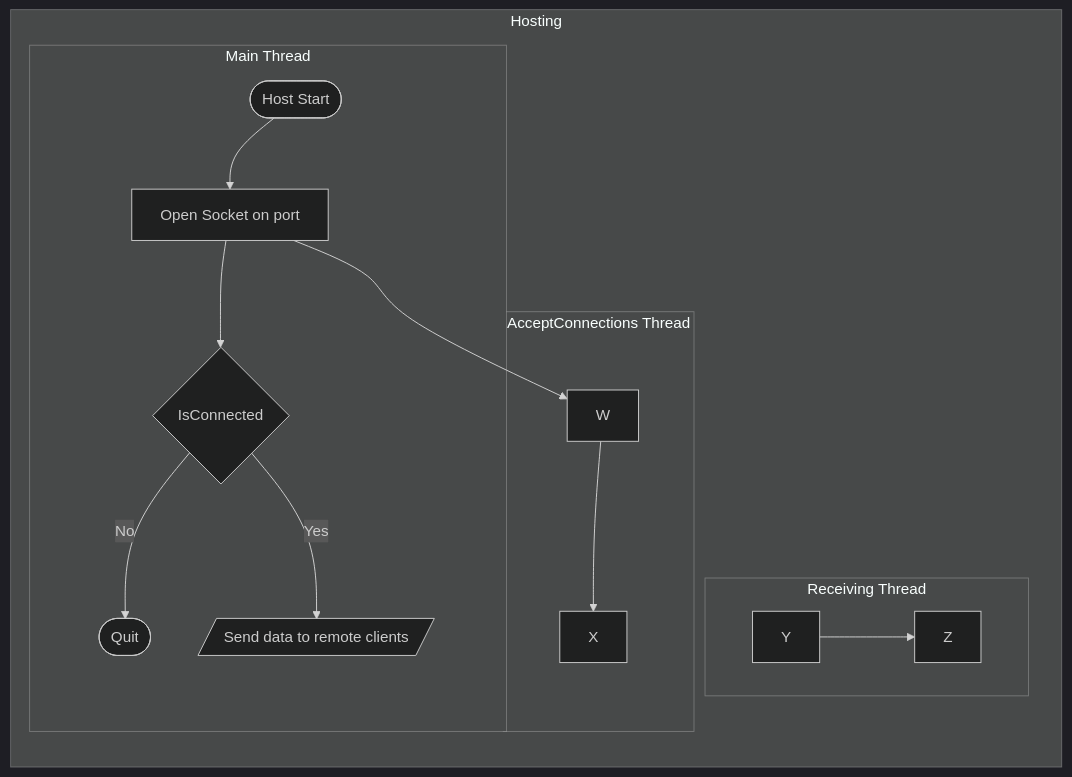
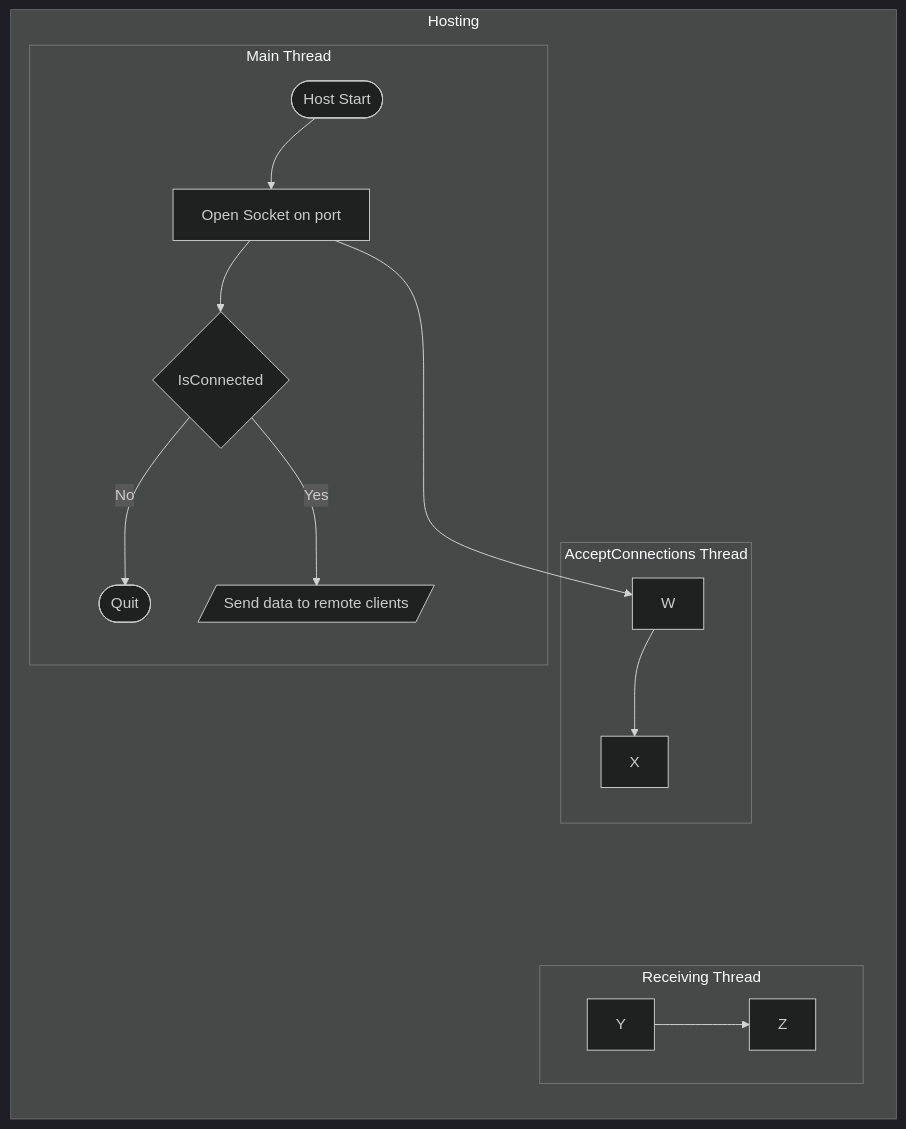
One commit to GMcMichael/ThornNetworking changed the diagram in README.md. Above: the diagram before and after it, drawn with Mermaid (dark theme).

````diff
--- a/README.md
+++ b/README.md
@@ -1,19 +1,19 @@
 ```mermaid
 flowchart LR
   subgraph Hosting
-    mt ~~~ act ~~~ rt
+    mt ~~~~~ act ~~~~~ rt
     subgraph mt [Main Thread]
       A([Host Start])-->B[Open Socket on port]
       B-->D{IsConnected}
       D-- No -->E([Quit])
       D-- Yes -->F[/Send data to remote clients/]
     end
     subgraph act [AcceptConnections Thread]
       B-->W
       W-->X
     end
     subgraph rt [Receiving Thread]
       Y-->Z
     end
   end
 ```
````
